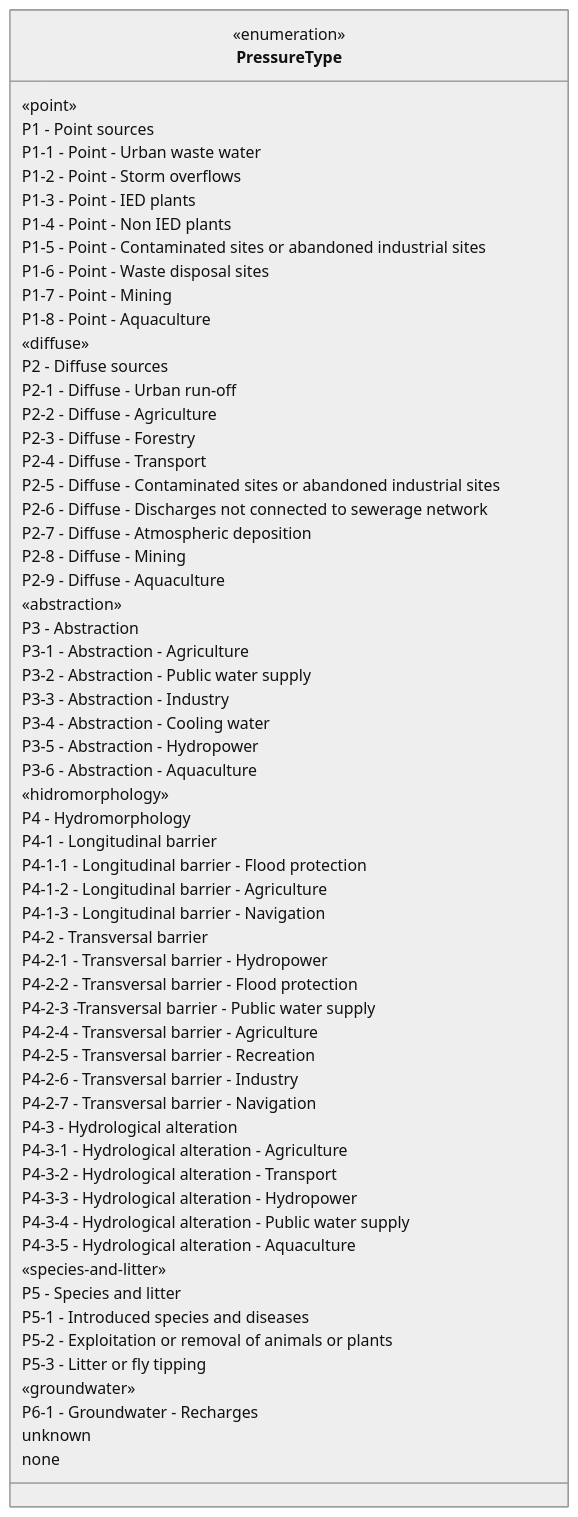
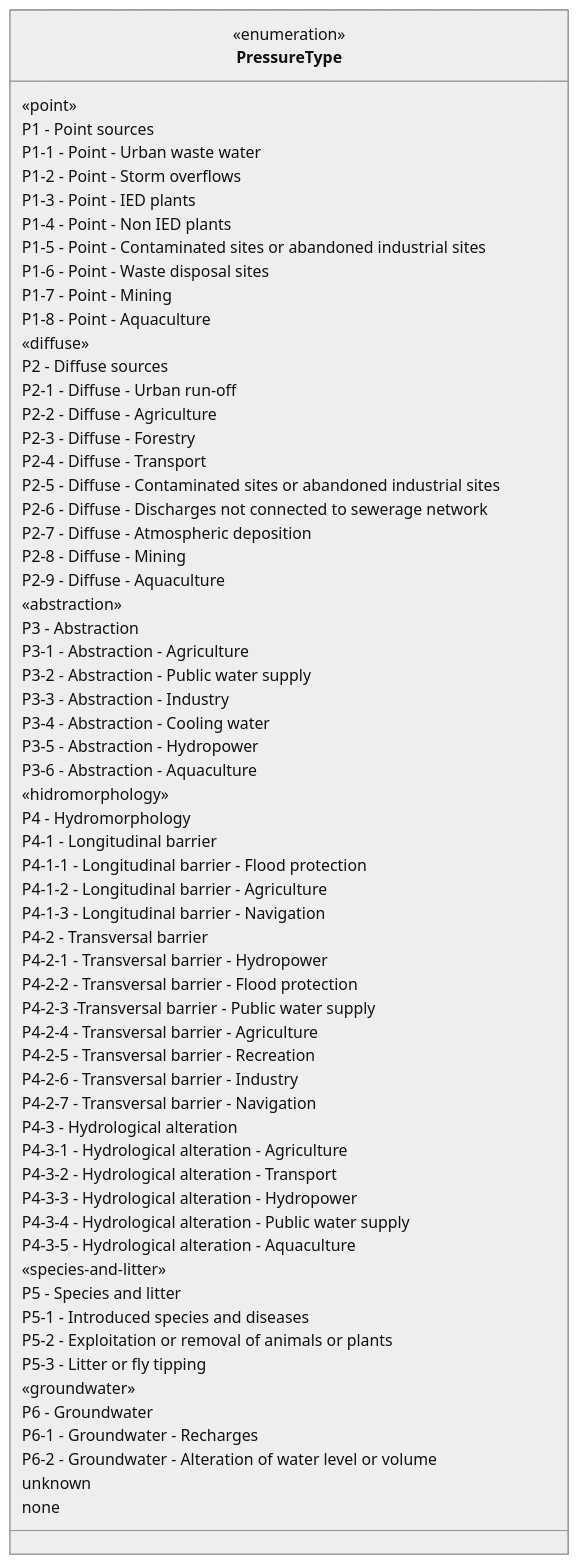
Before and after one commit to eeadata/WISE.WFD.Documentation: the diagram in docs/DataModelReview/mmd/PressureType_4thCycle_Codelists_ClassDiagram.mmd, drawn with Mermaid. The commit also changed 4 other files, not shown here.

```diff
--- a/docs/DataModelReview/mmd/PressureType_4thCycle_Codelists_ClassDiagram.mmd
+++ b/docs/DataModelReview/mmd/PressureType_4thCycle_Codelists_ClassDiagram.mmd
@@ -1,76 +1,79 @@
 ---
 config:
   class:
     hideEmptyMembersBox: true
   layout: dagre
   theme: neutral
 ---
 classDiagram
 direction LR
 
 class PressureType{
   <<enumeration>>
 
 «point»
 P1 - Point sources
 P1-1 - Point - Urban waste water
 P1-2 - Point - Storm overflows
 P1-3 - Point - IED plants
 P1-4 - Point - Non IED plants
 P1-5 - Point - Contaminated sites or abandoned industrial sites
 P1-6 - Point - Waste disposal sites
 P1-7 - Point - Mining
 P1-8 - Point - Aquaculture
 
 «diffuse»
 P2 - Diffuse sources
 P2-1 - Diffuse - Urban run-off
 P2-2 - Diffuse - Agriculture
 P2-3 - Diffuse - Forestry
 P2-4 - Diffuse - Transport
 P2-5 - Diffuse - Contaminated sites or abandoned industrial sites
 P2-6 - Diffuse - Discharges not connected to sewerage network
 P2-7 - Diffuse - Atmospheric deposition
 P2-8 - Diffuse - Mining
 P2-9 - Diffuse - Aquaculture
 
 «abstraction»
 P3 - Abstraction
 P3-1 - Abstraction - Agriculture
 P3-2 - Abstraction - Public water supply
 P3-3 - Abstraction - Industry
 P3-4 - Abstraction - Cooling water
 P3-5 - Abstraction - Hydropower
 P3-6 - Abstraction - Aquaculture
 
 «hidromorphology»
 P4 - Hydromorphology
 P4-1 - Longitudinal barrier
 P4-1-1 - Longitudinal barrier - Flood protection
 P4-1-2 - Longitudinal barrier - Agriculture
 P4-1-3 - Longitudinal barrier - Navigation
 P4-2 - Transversal barrier
 P4-2-1 - Transversal barrier - Hydropower
 P4-2-2 - Transversal barrier - Flood protection
 P4-2-3 -Transversal barrier - Public water supply
 P4-2-4 - Transversal barrier - Agriculture
 P4-2-5 - Transversal barrier - Recreation
 P4-2-6 - Transversal barrier - Industry
 P4-2-7 - Transversal barrier - Navigation
 P4-3 - Hydrological alteration
 P4-3-1 - Hydrological alteration - Agriculture
 P4-3-2 - Hydrological alteration - Transport
 P4-3-3 - Hydrological alteration - Hydropower
 P4-3-4 - Hydrological alteration - Public water supply
 P4-3-5 - Hydrological alteration - Aquaculture
 
 «species-and-litter»
 P5 - Species and litter
 P5-1 - Introduced species and diseases
 P5-2 - Exploitation or removal of animals or plants
 P5-3 - Litter or fly tipping
+
 «groundwater»
+P6 - Groundwater
 P6-1 - Groundwater - Recharges
+P6-2 - Groundwater - Alteration of water level or volume
 unknown
 none
 }
```
